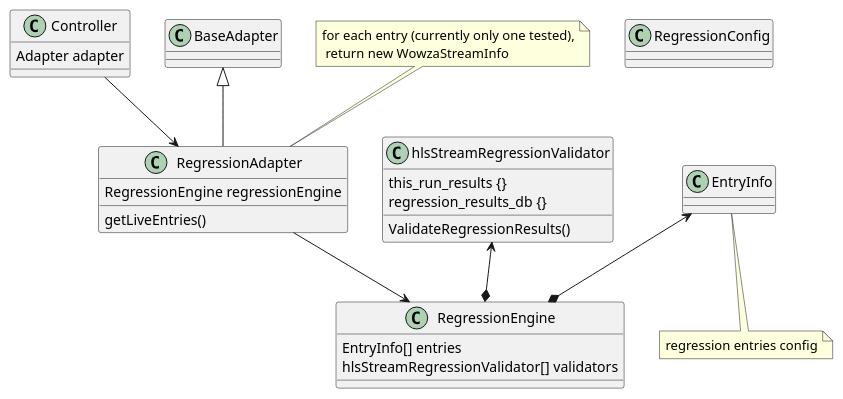
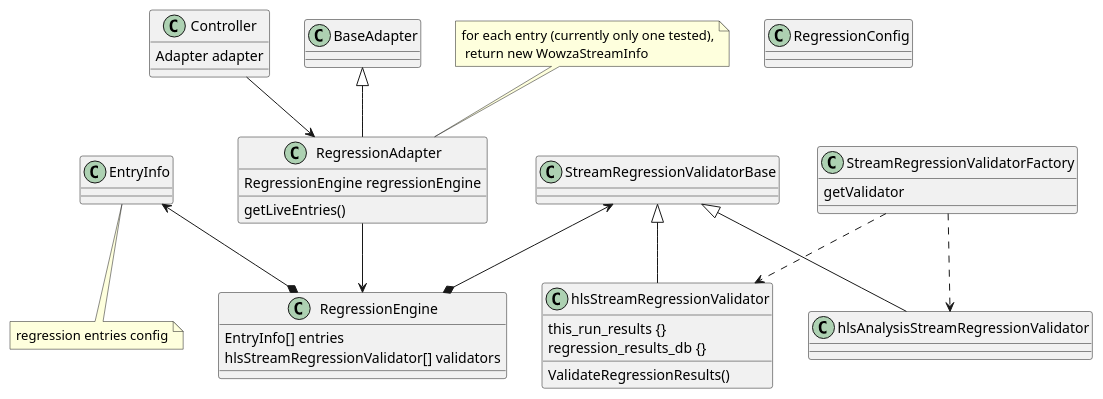
One commit to kaltura/liveDVR changed the diagram in lib/Adapters/RegressionAdapter/RegressionTestStaticDiagram.puml. Above: the diagram before and after it, drawn with PlantUML. The commit also changed 7 other files, not shown here.

First line of the commit message:
Added class factory to generate concrete HLS stream validator

```diff
--- a/lib/Adapters/RegressionAdapter/RegressionTestStaticDiagram.puml
+++ b/lib/Adapters/RegressionAdapter/RegressionTestStaticDiagram.puml
@@ -1,46 +1,61 @@
 @startuml
 
 
 class Controller {
 Adapter adapter
 }
 
 class BaseAdapter {
 
 }
 
 class RegressionAdapter {
    RegressionEngine regressionEngine
    getLiveEntries()
 }
 note top: for each entry (currently only one tested),\n return new WowzaStreamInfo
 
 class RegressionEngine {
  EntryInfo[] entries
  hlsStreamRegressionValidator[] validators
 }
 
 class EntryInfo {
 
 }
 note bottom: regression entries config
 
 class hlsStreamRegressionValidator {
      this_run_results {}
      regression_results_db {}
      ValidateRegressionResults()
 }
 
 class RegressionConfig {
 
 }
 
+class StreamRegressionValidatorFactory {
+    getValidator
+}
+
+class StreamRegressionValidatorBase {
+
+}
+
+class  hlsAnalysisStreamRegressionValidator {
+
+}
+
 Controller --> RegressionAdapter
 BaseAdapter <|-- RegressionAdapter
 RegressionAdapter --> RegressionEngine
-
+StreamRegressionValidatorBase <|-- hlsStreamRegressionValidator
+StreamRegressionValidatorBase <|-- hlsAnalysisStreamRegressionValidator
 EntryInfo <--* RegressionEngine
-hlsStreamRegressionValidator <--* RegressionEngine
+StreamRegressionValidatorBase <--* RegressionEngine
+StreamRegressionValidatorFactory ..> hlsStreamRegressionValidator
+StreamRegressionValidatorFactory ..> hlsAnalysisStreamRegressionValidator
 
 
 @enduml
```
